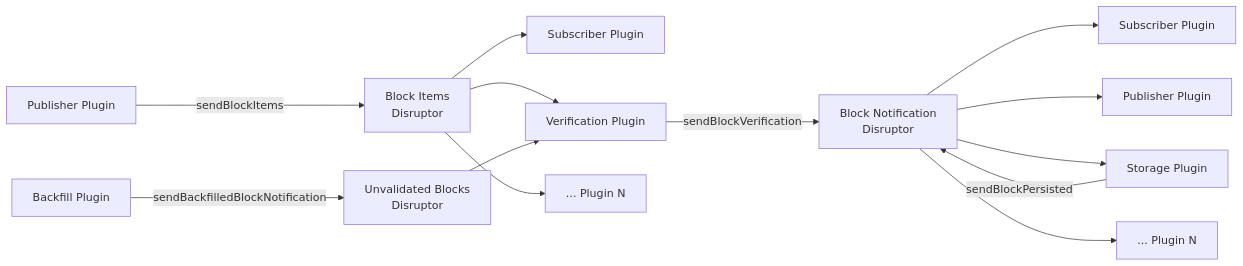
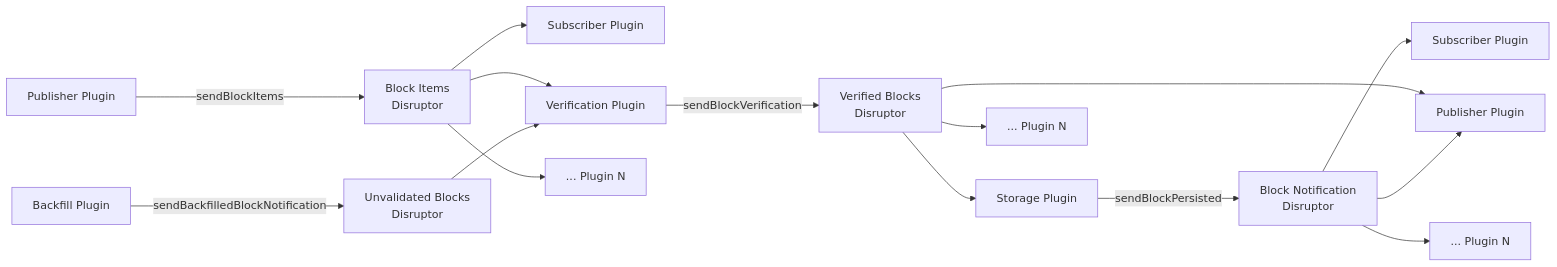
Before and after one commit to hiero-ledger/hiero-block-node: the third of 4 diagrams in docs/design/architecture/current-plugin-architecture.md, drawn with Mermaid. The commit also changed other lines of this file and 39 other files, not shown here.

````diff
--- a/docs/design/architecture/current-plugin-architecture.md
+++ b/docs/design/architecture/current-plugin-architecture.md
@@ -371,17 +387,20 @@
 ```mermaid
 flowchart LR
     PUB[Publisher Plugin] -->|sendBlockItems| BI[Block Items\nDisruptor]
     BI --> SUB[Subscriber Plugin]
     BI --> VER[Verification Plugin]
     BI --> N1[... Plugin N]
 
     BF[Backfill Plugin] -->|sendBackfilledBlockNotification| UB[Unvalidated Blocks\nDisruptor]
     UB --> VER
 
-    VER -->|sendBlockVerification| BN[Block Notification\nDisruptor]
-    STOR[Storage Plugin] -->|sendBlockPersisted| BN
+    VER -->|sendBlockVerification| VB[Verified Blocks\nDisruptor]
+    VB --> STOR[Storage Plugin]
+    VB --> PUB2[Publisher Plugin]
+    VB --> N3[... Plugin N]
+
+    STOR -->|sendBlockPersisted| BN[Block Notification\nDisruptor]
     BN --> SUB2[Subscriber Plugin]
-    BN --> PUB2[Publisher Plugin]
-    BN --> STOR[Storage Plugin]
+    BN --> PUB2
     BN --> N2[... Plugin N]
 ```
````
